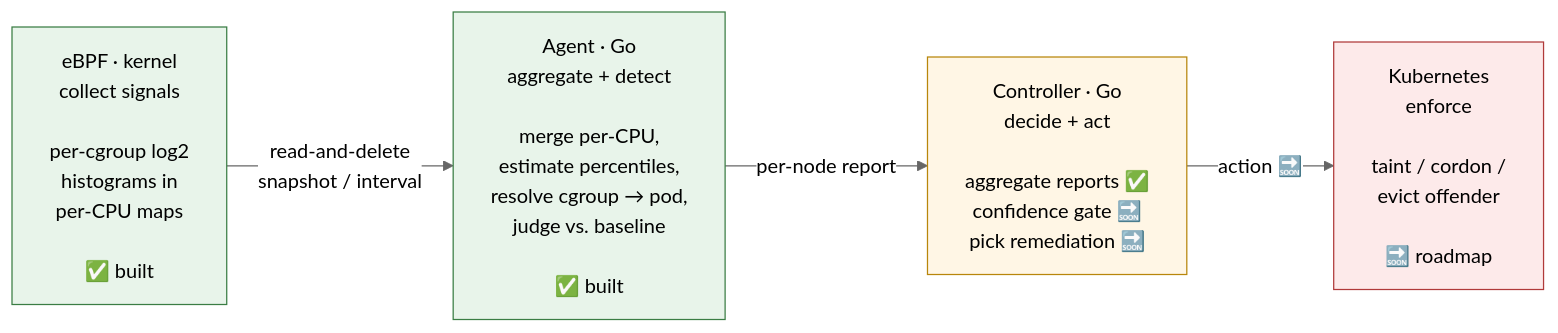
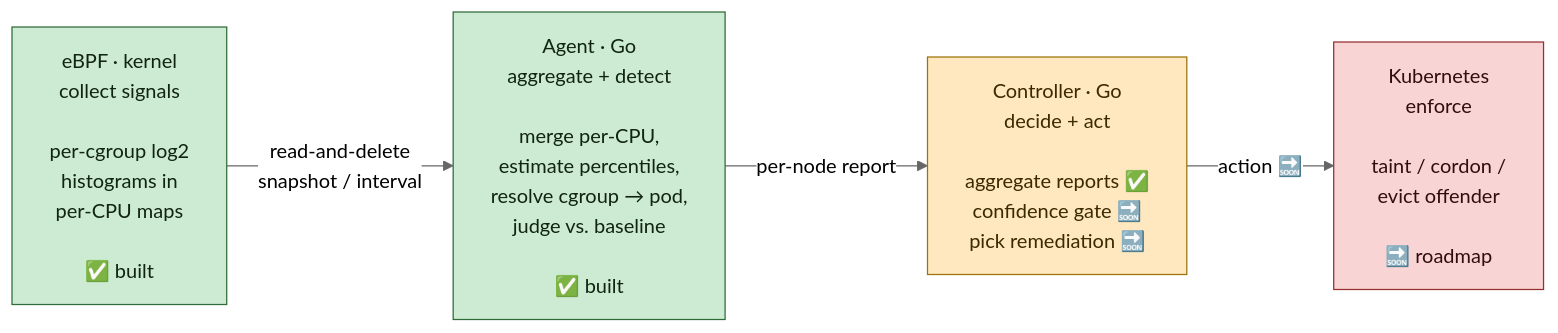
One commit to codecrafted007/node-sentinel changed the second of 3 diagrams in docs/ARCHITECTURE.md. Above: the diagram before and after it, drawn with Mermaid (neutral theme).

Commit message:
docs: fix invisible text in pipeline diagram on dark theme
The "forward-only pipeline" Mermaid nodes set a light fill but no text
color, so GitHub's dark theme kept the text white — light fill + white
text = unreadable. Pin a dark color: on each styled node (and darken the
fills/strokes a touch so borders show in dark mode too).

````diff
--- a/docs/ARCHITECTURE.md
+++ b/docs/ARCHITECTURE.md
@@ -57,16 +57,16 @@
 ```mermaid
 flowchart LR
     K["eBPF · kernel<br/>collect signals<br/><br/>per-cgroup log2<br/>histograms in<br/>per-CPU maps<br/><br/>✅ built"]
     A["Agent · Go<br/>aggregate + detect<br/><br/>merge per-CPU,<br/>estimate percentiles,<br/>resolve cgroup → pod,<br/>judge vs. baseline<br/><br/>✅ built"]
     C["Controller · Go<br/>decide + act<br/><br/>aggregate reports ✅<br/>confidence gate 🔜<br/>pick remediation 🔜"]
     E["Kubernetes<br/>enforce<br/><br/>taint / cordon /<br/>evict offender<br/><br/>🔜 roadmap"]
 
     K -->|"read-and-delete<br/>snapshot / interval"| A
     A -->|"per-node report"| C
     C -->|"action 🔜"| E
 
-    style K fill:#e8f4ea,stroke:#3a7d44
-    style A fill:#e8f4ea,stroke:#3a7d44
-    style C fill:#fff6e5,stroke:#b8860b
-    style E fill:#fdeaea,stroke:#b03a3a
+    style K fill:#cdebd3,stroke:#2f6b38,color:#10240f
+    style A fill:#cdebd3,stroke:#2f6b38,color:#10240f
+    style C fill:#ffe7bf,stroke:#9c7209,color:#3a2a00
+    style E fill:#f8d4d4,stroke:#962f2f,color:#330d0d
 ```
````
